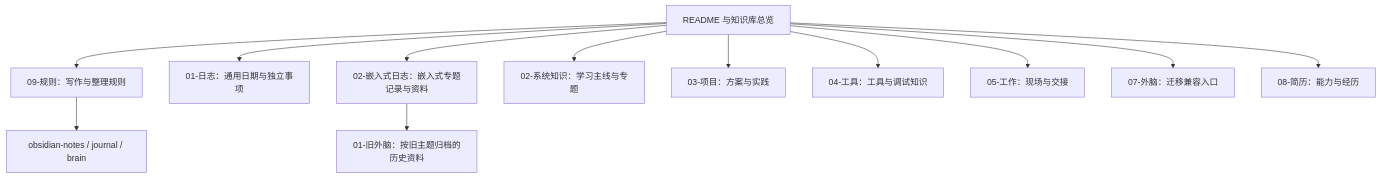
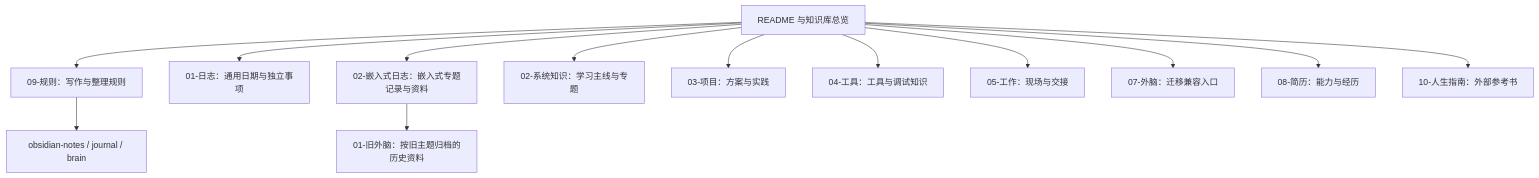
The diagram in README.md (linxi27667/Obsidian_Knowledge_Vault), drawn with Mermaid before and after one commit. The commit also changed other lines of this file and 282 other files, not shown here.

````diff
--- a/README.md
+++ b/README.md
@@ -84,15 +85,16 @@
 ```mermaid
 flowchart TB
   ROOT["README 与知识库总览"]
   ROOT --> RULES["09-规则：写作与整理规则"]
   ROOT --> L["01-日志：通用日期与独立事项"]
   ROOT --> EL["02-嵌入式日志：嵌入式专题记录与资料"]
   EL --> ELA["01-旧外脑：按旧主题归档的历史资料"]
   ROOT --> S["02-系统知识：学习主线与专题"]
   ROOT --> P["03-项目：方案与实践"]
   ROOT --> T["04-工具：工具与调试知识"]
   ROOT --> W["05-工作：现场与交接"]
   ROOT --> E["07-外脑：迁移兼容入口"]
   ROOT --> R["08-简历：能力与经历"]
+  ROOT --> G["10-人生指南：外部参考书"]
   RULES --> SKILLS["obsidian-notes / journal / brain"]
 ```
````
